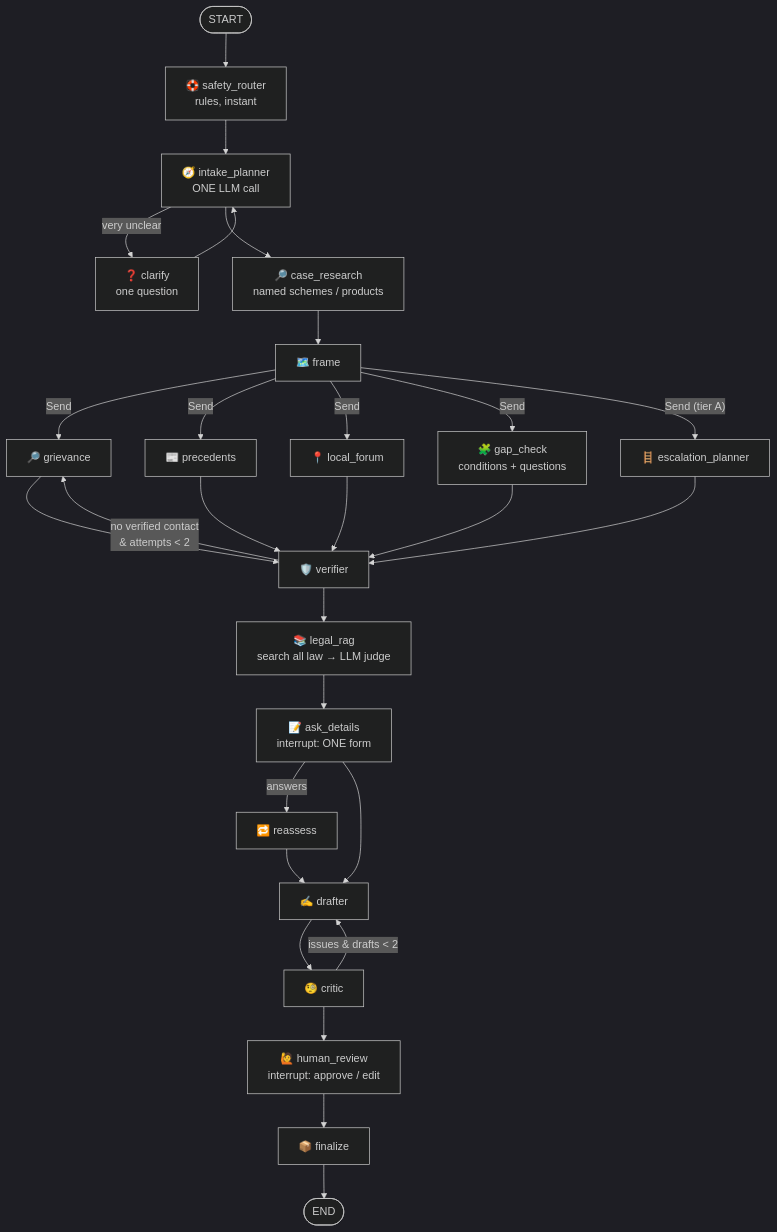
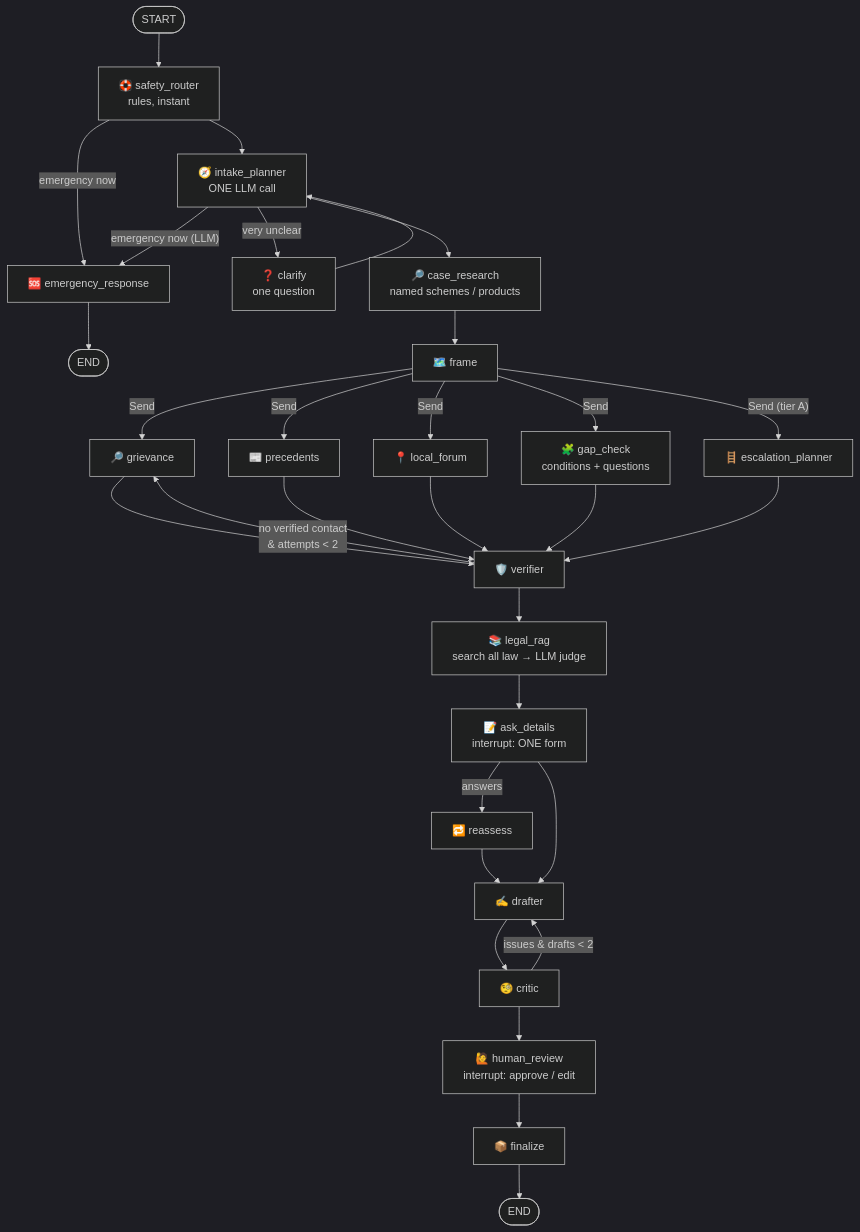
Before and after one commit to alokkv2502/shikayat_sathi: the second of 2 diagrams in README.md, drawn with Mermaid (dark theme). The commit also changed other lines of this file and 51 other files, not shown here.

````diff
--- a/README.md
+++ b/README.md
@@ -161,23 +162,25 @@
 ```mermaid
 flowchart TD
   S([START]) --> SR[🛟 safety_router<br/>rules, instant]
+  SR -- "emergency now" --> EM[🆘 emergency_response] --> E2([END])
   SR --> I[🧭 intake_planner<br/>ONE LLM call]
+  I -- "emergency now (LLM)" --> EM
   I -- "very unclear" --> Q[❓ clarify<br/>one question] --> I
   I --> CR[🔎 case_research<br/>named schemes / products]
   CR --> FR[🗺️ frame]
   FR -- Send --> G[🔎 grievance]
   FR -- Send --> P[📰 precedents]
   FR -- Send --> L[📍 local_forum]
   FR -- Send --> GC[🧩 gap_check<br/>conditions + questions]
   FR -- "Send (tier A)" --> EP[🪜 escalation_planner]
   G & P & L & GC & EP --> V[🛡️ verifier]
   V -- "no verified contact<br/>& attempts < 2" --> G
   V --> RAG[📚 legal_rag<br/>search all law → LLM judge]
   RAG --> AD[📝 ask_details<br/>interrupt: ONE form]
   AD -- answers --> RA[🔁 reassess] --> D
   AD --> D[✍️ drafter]
   D --> C[🧐 critic]
   C -- "issues & drafts < 2" --> D
   C --> H[🙋 human_review<br/>interrupt: approve / edit]
   H --> F[📦 finalize] --> E([END])
 ```
````
